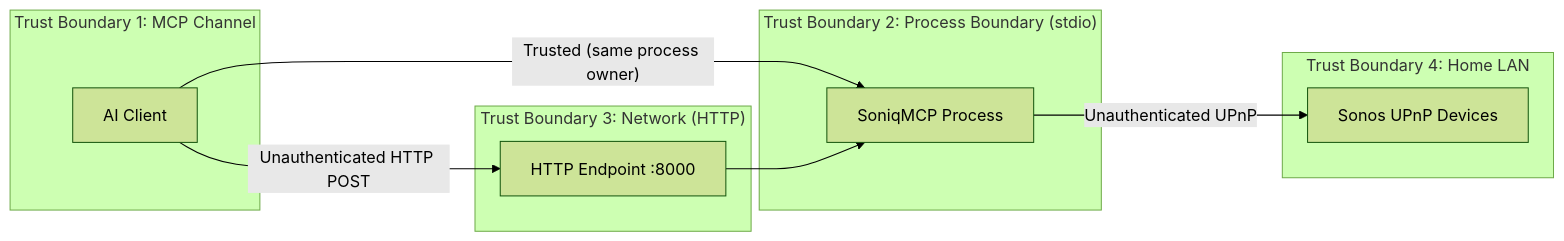
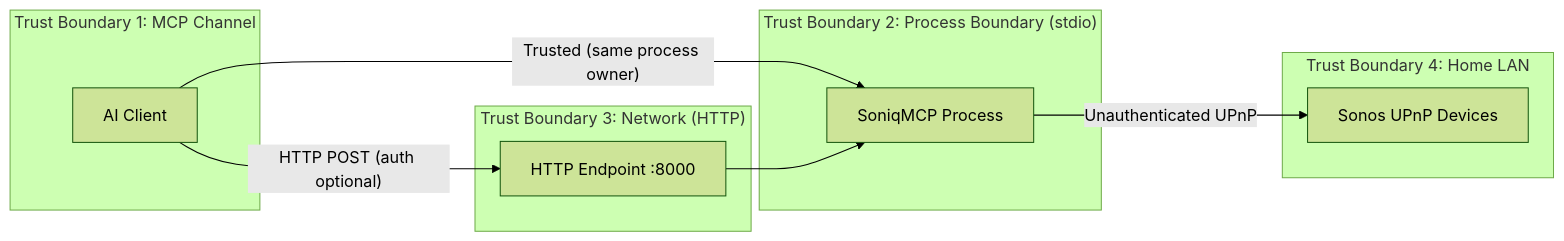
The second of 8 diagrams in docs/security/threat-model.md (PaulKnauer/sonos-mcp-server), drawn with Mermaid (forest theme) before and after one commit. The commit also changed other lines of this file and 7 other files, not shown here.

````diff
--- a/docs/security/threat-model.md
+++ b/docs/security/threat-model.md
@@ -69,23 +69,23 @@
 ```mermaid
 graph LR
     subgraph TB1["Trust Boundary 1: MCP Channel"]
         A1["AI Client"]
     end
 
     subgraph TB2["Trust Boundary 2: Process Boundary (stdio)"]
         B1["SoniqMCP Process"]
     end
 
     subgraph TB3["Trust Boundary 3: Network (HTTP)"]
         C1["HTTP Endpoint :8000"]
     end
 
     subgraph TB4["Trust Boundary 4: Home LAN"]
         D1["Sonos UPnP Devices"]
     end
 
     A1 -->|"Trusted (same process owner)"| B1
-    A1 -->|"Unauthenticated HTTP POST"| C1
+    A1 -->|"HTTP POST (auth optional)"| C1
     C1 --> B1
     B1 -->|"Unauthenticated UPnP"| D1
 ```
````
